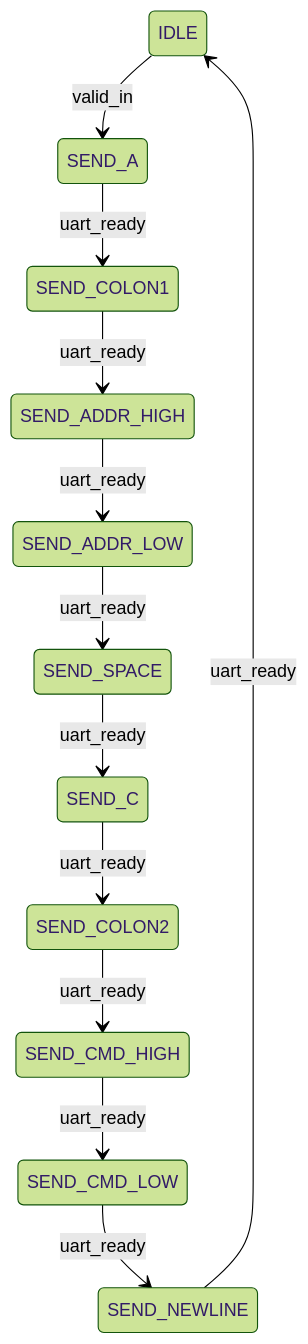
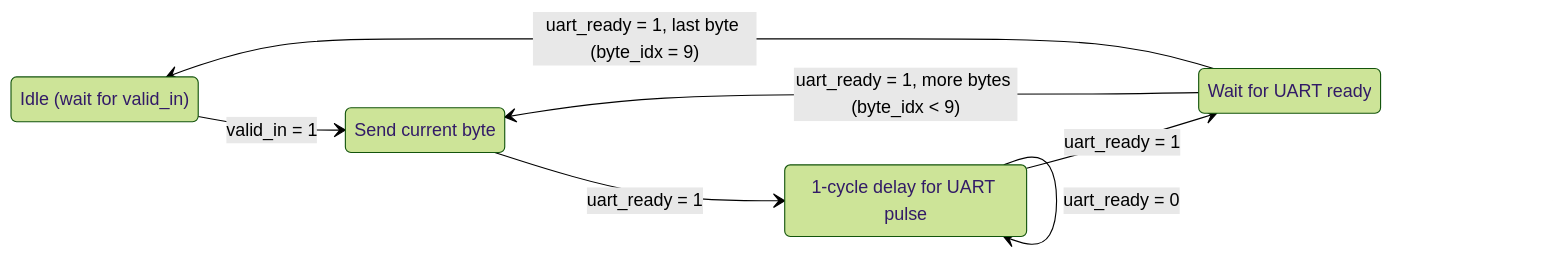
Before and after one commit to Chip-Design-Group/IR-Remote-Decoder: the diagram in OutputFormatter/description.md, drawn with Mermaid (forest theme). The commit also changed 2 other files, not shown here.

Commit message:
adding comments and descriptions new version of output_formatter.sv

```diff
--- a/OutputFormatter/description.md
+++ b/OutputFormatter/description.md
@@ -56,14 +56,21 @@
 :::mermaid
 stateDiagram-v2
-    IDLE --> SEND_A: valid_in
-    SEND_A --> SEND_COLON1: uart_ready
-    SEND_COLON1 --> SEND_ADDR_HIGH: uart_ready
-    SEND_ADDR_HIGH --> SEND_ADDR_LOW: uart_ready
-    SEND_ADDR_LOW --> SEND_SPACE: uart_ready
-    SEND_SPACE --> SEND_C: uart_ready
-    SEND_C --> SEND_COLON2: uart_ready
-    SEND_COLON2 --> SEND_CMD_HIGH: uart_ready
-    SEND_CMD_HIGH --> SEND_CMD_LOW: uart_ready
-    SEND_CMD_LOW --> SEND_NEWLINE: uart_ready
-    SEND_NEWLINE --> IDLE: uart_ready
+    direction LR  %% LR = Left to Right, besser lesbar
+
+    IDLE: Idle (wait for valid_in)
+    SEND: Send current byte
+    WAIT_ACK: 1-cycle delay for UART pulse
+    WAIT_UART: Wait for UART ready
+
+    %% Übergänge
+    IDLE --> SEND : valid_in = 1
+    SEND --> WAIT_ACK : uart_ready = 1
+    WAIT_ACK --> WAIT_UART : uart_ready = 1
+
+    %% Byte Index Logik
+    WAIT_UART --> SEND : uart_ready = 1, more bytes (byte_idx < 9)
+    WAIT_UART --> IDLE : uart_ready = 1, last byte (byte_idx = 9)
+
+    %% Warten wenn UART nicht ready
+    WAIT_ACK --> WAIT_ACK : uart_ready = 0
 :::
```
